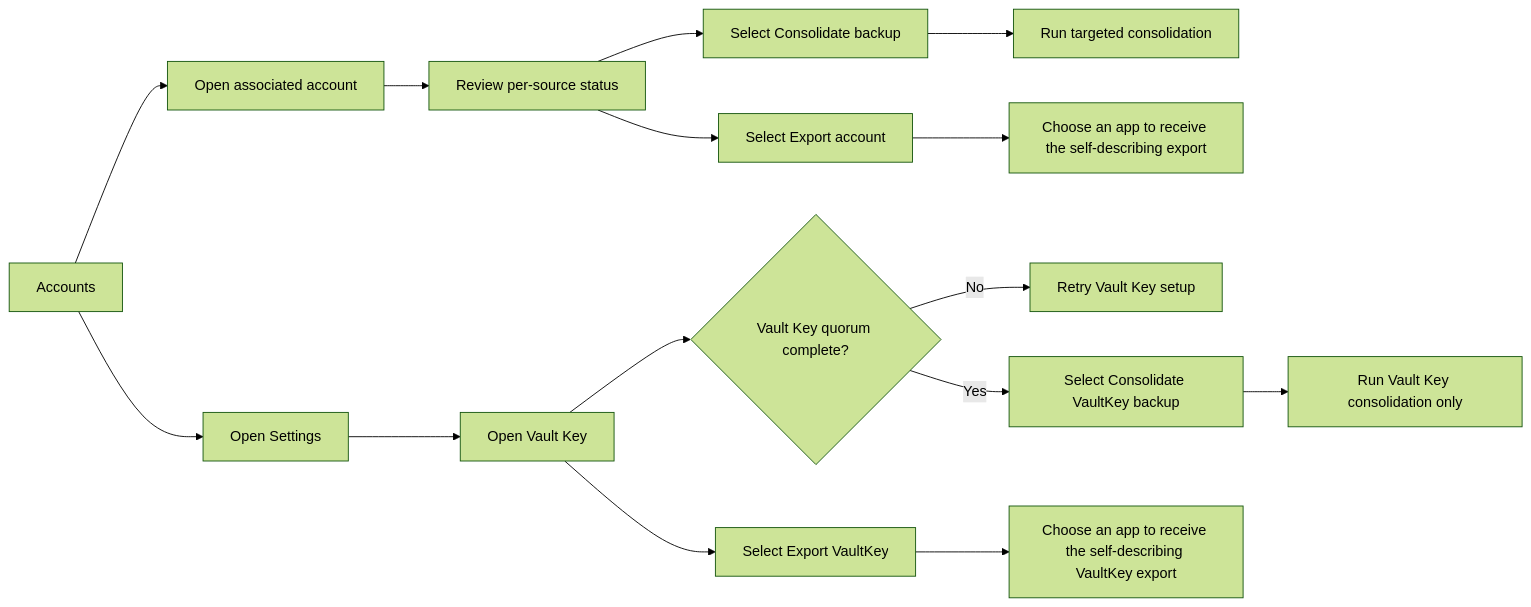
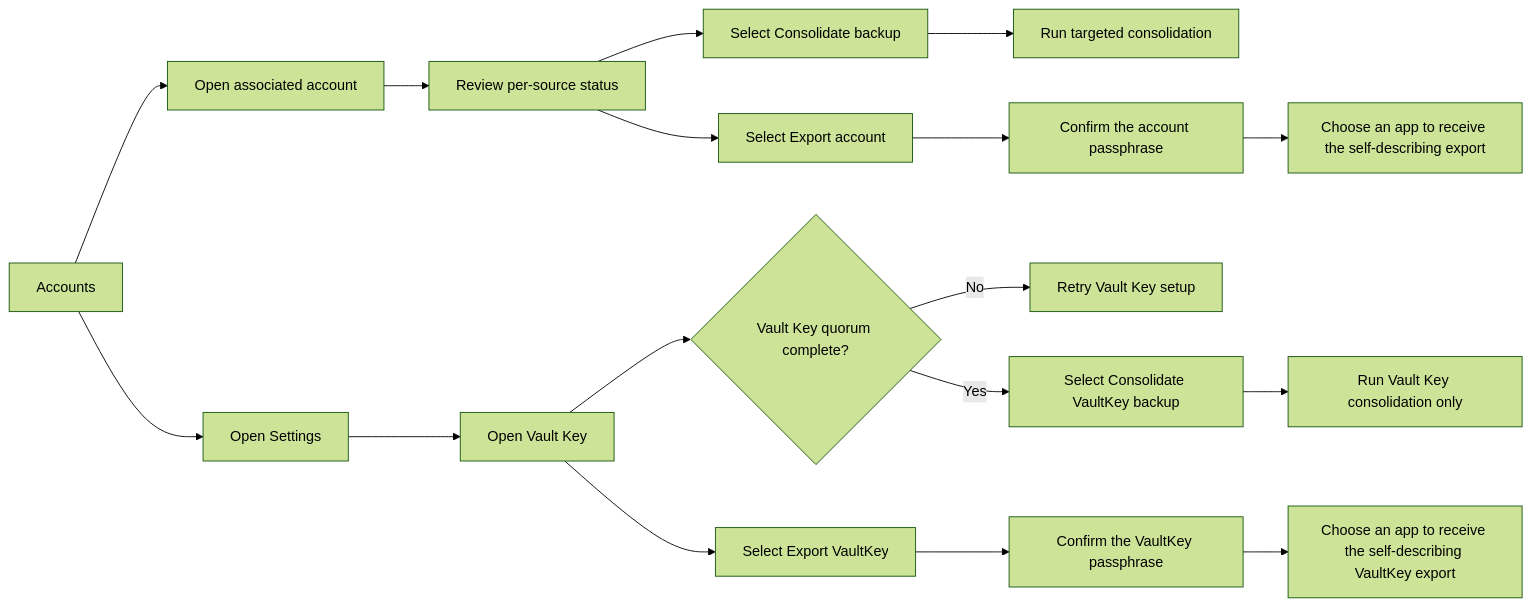
The sixth of 7 diagrams in docs/stakeholder/flowcharts.md (ZenTenApp/vault-kotlin), drawn with Mermaid (forest theme) before and after one commit. The commit also changed other lines of this file and 14 other files, not shown here.

Commit message:
feat(accounts): require passphrase before voluntary key exports

````diff
--- a/docs/stakeholder/flowcharts.md
+++ b/docs/stakeholder/flowcharts.md
@@ -209,17 +211,19 @@
 ```mermaid
 flowchart LR
     Accounts["Accounts"] --> Account["Open associated account"]
     Account --> Status["Review per-source status"]
     Status --> One["Select Consolidate backup"]
     One --> Targeted["Run targeted consolidation"]
     Status --> Export["Select Export account"]
-    Export --> ExportPick["Choose an app to receive the self-describing export"]
+    Export --> ExportPassphrase["Confirm the account passphrase"]
+    ExportPassphrase --> ExportPick["Choose an app to receive the self-describing export"]
     Accounts --> Settings["Open Settings"]
     Settings --> VaultKey["Open Vault Key"]
     VaultKey --> VaultKeyState{"Vault Key quorum complete?"}
     VaultKeyState -->|No| Retry["Retry Vault Key setup"]
     VaultKeyState -->|Yes| All["Select Consolidate VaultKey backup"]
     All --> Full["Run Vault Key consolidation only"]
     VaultKey --> ExportVK["Select Export VaultKey"]
-    ExportVK --> ExportVKPick["Choose an app to receive the self-describing VaultKey export"]
+    ExportVK --> ExportVKPassphrase["Confirm the VaultKey passphrase"]
+    ExportVKPassphrase --> ExportVKPick["Choose an app to receive the self-describing VaultKey export"]
 ```
````
